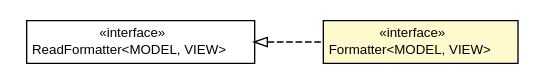
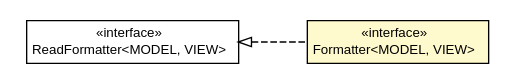
The diagram in javadoc/apidocs/org/turbogwt/mvp/databind/client/format/Formatter.dot (growbit/turbogwt-databind), drawn with Graphviz before and after one commit. The commit also changed 171 other files, not shown here.

```diff
--- a/javadoc/apidocs/org/turbogwt/mvp/databind/client/format/Formatter.dot
+++ b/javadoc/apidocs/org/turbogwt/mvp/databind/client/format/Formatter.dot
@@ -1,29 +1,29 @@
 #!/usr/local/bin/dot
 #
 # Class diagram 
 # Generated by UMLGraph version R5_6-24-gf6e263 (http://www.umlgraph.org/)
 #
 
 digraph G {
-	edge [fontname="Helvetica",fontsize=10,labelfontname="Helvetica",labelfontsize=10];
-	node [fontname="Helvetica",fontsize=10,shape=plaintext];
+	edge [fontname="arial",fontsize=10,labelfontname="arial",labelfontsize=10];
+	node [fontname="arial",fontsize=10,shape=plaintext];
 	nodesep=0.25;
 	ranksep=0.5;
 	rankdir=LR;
 	// org.turbogwt.mvp.databind.client.format.ReadFormatter<MODEL, VIEW>
-	c558 [label=<<table title="org.turbogwt.mvp.databind.client.format.ReadFormatter" border="0" cellborder="1" cellspacing="0" cellpadding="2" port="p" href="./ReadFormatter.html">
+	c725 [label=<<table title="org.turbogwt.mvp.databind.client.format.ReadFormatter" border="0" cellborder="1" cellspacing="0" cellpadding="2" port="p" href="./ReadFormatter.html">
 		<tr><td><table border="0" cellspacing="0" cellpadding="1">
 <tr><td align="center" balign="center"> &#171;interface&#187; </td></tr>
 <tr><td align="center" balign="center"> ReadFormatter&lt;MODEL, VIEW&gt; </td></tr>
 		</table></td></tr>
-		</table>>, URL="./ReadFormatter.html", fontname="Helvetica", fontcolor="black", fontsize=10.0];
+		</table>>, URL="./ReadFormatter.html", fontname="arial", fontcolor="black", fontsize=10.0];
 	// org.turbogwt.mvp.databind.client.format.Formatter<MODEL, VIEW>
-	c559 [label=<<table title="org.turbogwt.mvp.databind.client.format.Formatter" border="0" cellborder="1" cellspacing="0" cellpadding="2" port="p" bgcolor="lemonChiffon" href="./Formatter.html">
+	c726 [label=<<table title="org.turbogwt.mvp.databind.client.format.Formatter" border="0" cellborder="1" cellspacing="0" cellpadding="2" port="p" bgcolor="lemonChiffon" href="./Formatter.html">
 		<tr><td><table border="0" cellspacing="0" cellpadding="1">
 <tr><td align="center" balign="center"> &#171;interface&#187; </td></tr>
 <tr><td align="center" balign="center"> Formatter&lt;MODEL, VIEW&gt; </td></tr>
 		</table></td></tr>
-		</table>>, URL="./Formatter.html", fontname="Helvetica", fontcolor="black", fontsize=10.0];
+		</table>>, URL="./Formatter.html", fontname="arial", fontcolor="black", fontsize=10.0];
 	//org.turbogwt.mvp.databind.client.format.Formatter<MODEL, VIEW> implements org.turbogwt.mvp.databind.client.format.ReadFormatter<MODEL, VIEW>
-	c558:p -> c559:p [dir=back,arrowtail=empty,style=dashed];
+	c725:p -> c726:p [dir=back,arrowtail=empty,style=dashed];
 }
```
